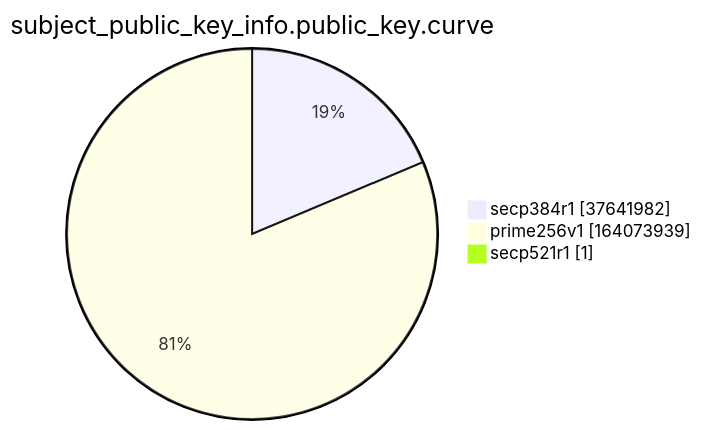
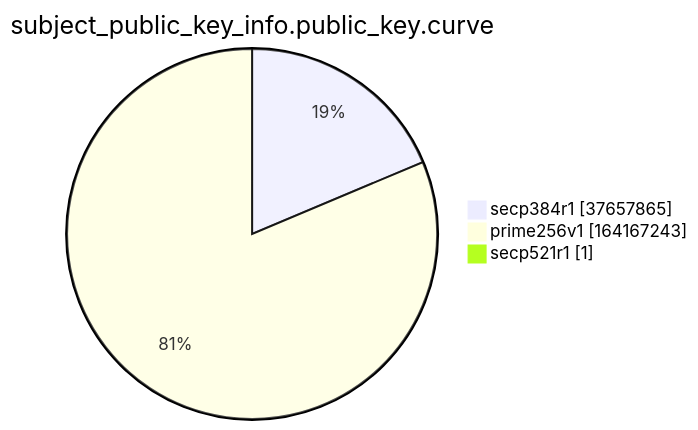
The ninth of 15 diagrams in argon2022/README.md (christiankrug/ctmonitor_visualization), drawn with Mermaid before and after one commit. The commit also changed other lines of this file, not shown here.

````diff
--- a/argon2022/README.md
+++ b/argon2022/README.md
@@ -2766,7 +2766,7 @@
 ```mermaid
 pie showData
 title subject_public_key_info.public_key.curve
-"secp384r1" :37641982
-"prime256v1" :164073939
+"secp384r1" :37657865
+"prime256v1" :164167243
 "secp521r1" :1
 ```
````
